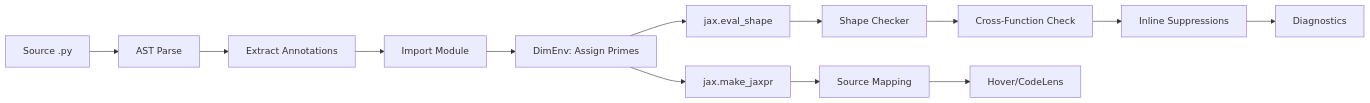
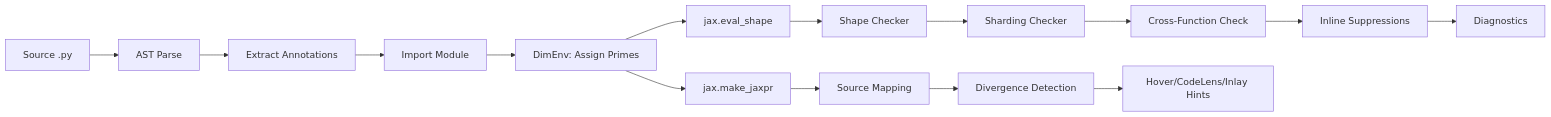
One commit to BeeGass/jaxtyc changed the diagram in docs/architecture/overview.md. Above: the diagram before and after it, drawn with Mermaid. The commit also changed other lines of this file and 7 other files, not shown here.

````diff
--- a/docs/architecture/overview.md
+++ b/docs/architecture/overview.md
@@ -5,15 +5,17 @@
 ```mermaid
 flowchart LR
     A[Source .py] --> B[AST Parse]
     B --> C[Extract Annotations]
     C --> D[Import Module]
     D --> E[DimEnv: Assign Primes]
     E --> F[jax.eval_shape]
     F --> G[Shape Checker]
-    G --> H[Cross-Function Check]
+    G --> G2[Sharding Checker]
+    G2 --> H[Cross-Function Check]
     H --> I[Inline Suppressions]
     I --> J[Diagnostics]
     E --> K[jax.make_jaxpr]
     K --> L[Source Mapping]
-    L --> M[Hover/CodeLens]
+    L --> L2[Divergence Detection]
+    L2 --> M[Hover/CodeLens/Inlay Hints]
 ```
````
